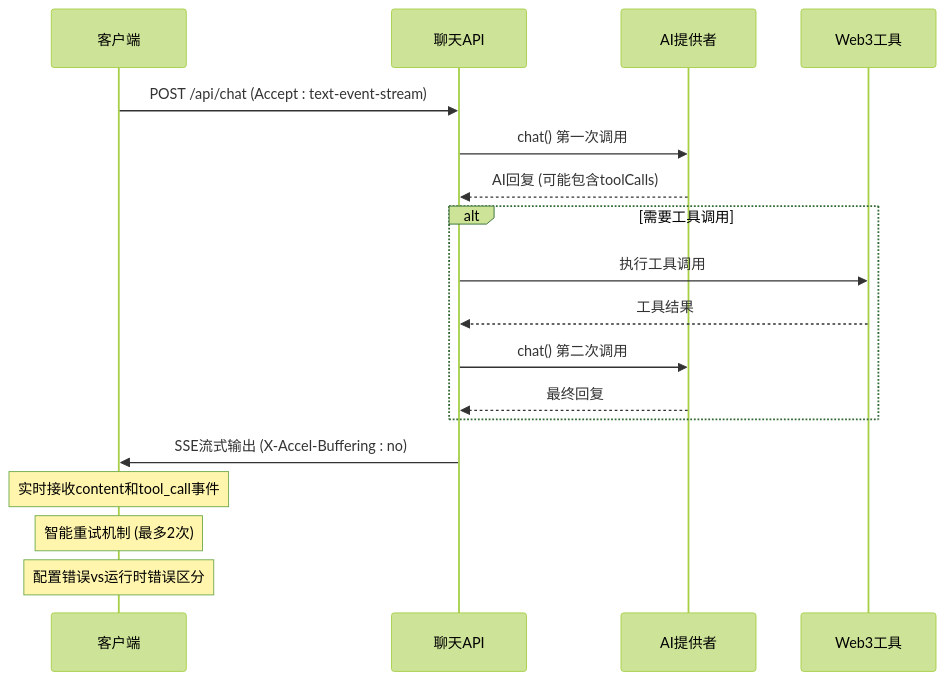
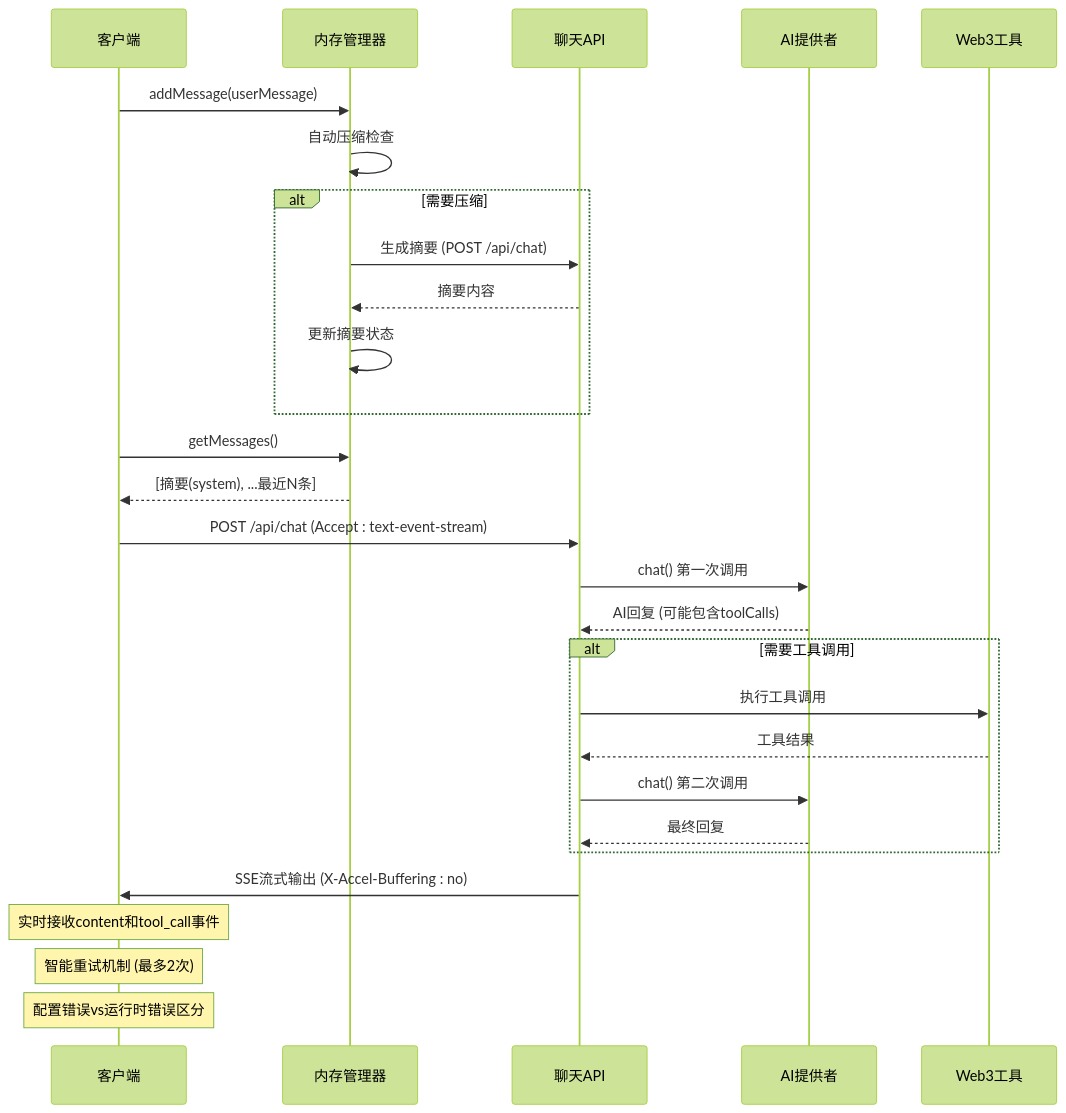
Before and after one commit to CryptoLinxu/Web3-AI-Agent: the second of 22 diagrams in .qoder/repowiki/zh/content/核心技能详解/SSE流式聊天系统.md, drawn with Mermaid (forest theme). The commit also changed other lines of this file and 9 other files, not shown here.

````diff
--- a/.qoder/repowiki/zh/content/核心技能详解/SSE流式聊天系统.md
+++ b/.qoder/repowiki/zh/content/核心技能详解/SSE流式聊天系统.md
@@ -131,20 +155,30 @@
 ```mermaid
 sequenceDiagram
 participant Client as 客户端
+participant MemoryManager as 内存管理器
 participant API as 聊天API
 participant Provider as AI提供者
 participant Tools as Web3工具
+Client->>MemoryManager : addMessage(userMessage)
+MemoryManager->>MemoryManager : 自动压缩检查
+alt 需要压缩
+MemoryManager->>API : 生成摘要 (POST /api/chat)
+API-->>MemoryManager : 摘要内容
+MemoryManager->>MemoryManager : 更新摘要状态
+end
+Client->>MemoryManager : getMessages()
+MemoryManager-->>Client : [摘要(system), ...最近N条]
 Client->>API : POST /api/chat (Accept : text-event-stream)
 API->>Provider : chat() 第一次调用
 Provider-->>API : AI回复 (可能包含toolCalls)
 alt 需要工具调用
 API->>Tools : 执行工具调用
 Tools-->>API : 工具结果
 API->>Provider : chat() 第二次调用
 Provider-->>API : 最终回复
 end
 API->>Client : SSE流式输出 (X-Accel-Buffering : no)
 Note over Client : 实时接收content和tool_call事件
 Note over Client : 智能重试机制 (最多2次)
 Note over Client : 配置错误vs运行时错误区分
 ```
````
